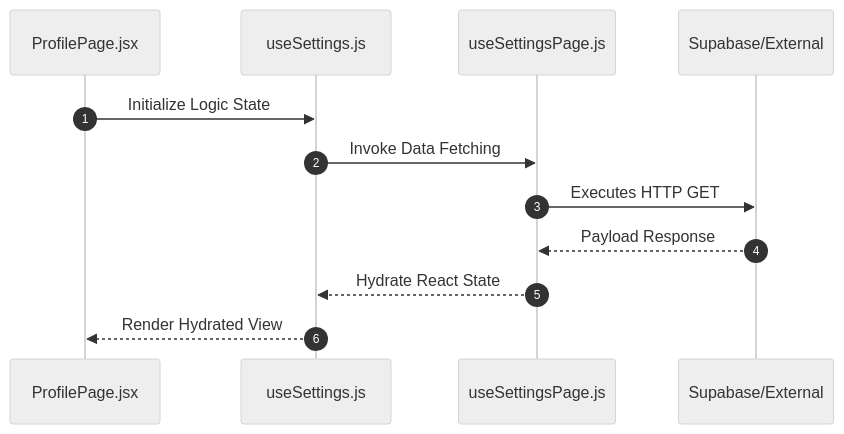
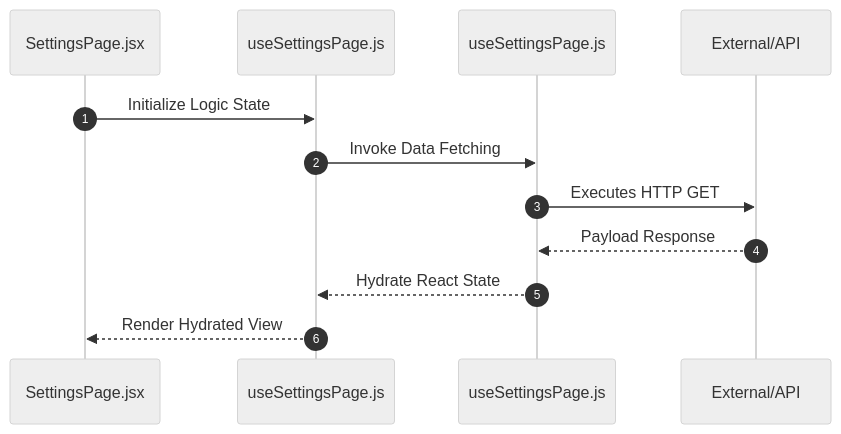
Before and after one commit to nexowebai/nexo-superadmin: the second of 2 diagrams in src/features/settings/README.md, drawn with Mermaid (neutral theme). The commit also changed other lines of this file and 18 other files, not shown here.

````diff
--- a/src/features/settings/README.md
+++ b/src/features/settings/README.md
@@ -50,15 +50,15 @@
 ```mermaid
 sequenceDiagram
 autonumber
-    participant P as ProfilePage.jsx
-    participant H as useSettings.js
+    participant P as SettingsPage.jsx
+    participant H as useSettingsPage.js
     participant S as useSettingsPage.js
-    participant API as Supabase/External
+    participant API as External/API
 
     P->>H: Initialize Logic State
     H->>S: Invoke Data Fetching
     S->>API: Executes HTTP GET
     API-->>S: Payload Response
     S-->>H: Hydrate React State
     H-->>P: Render Hydrated View
 ```
````
